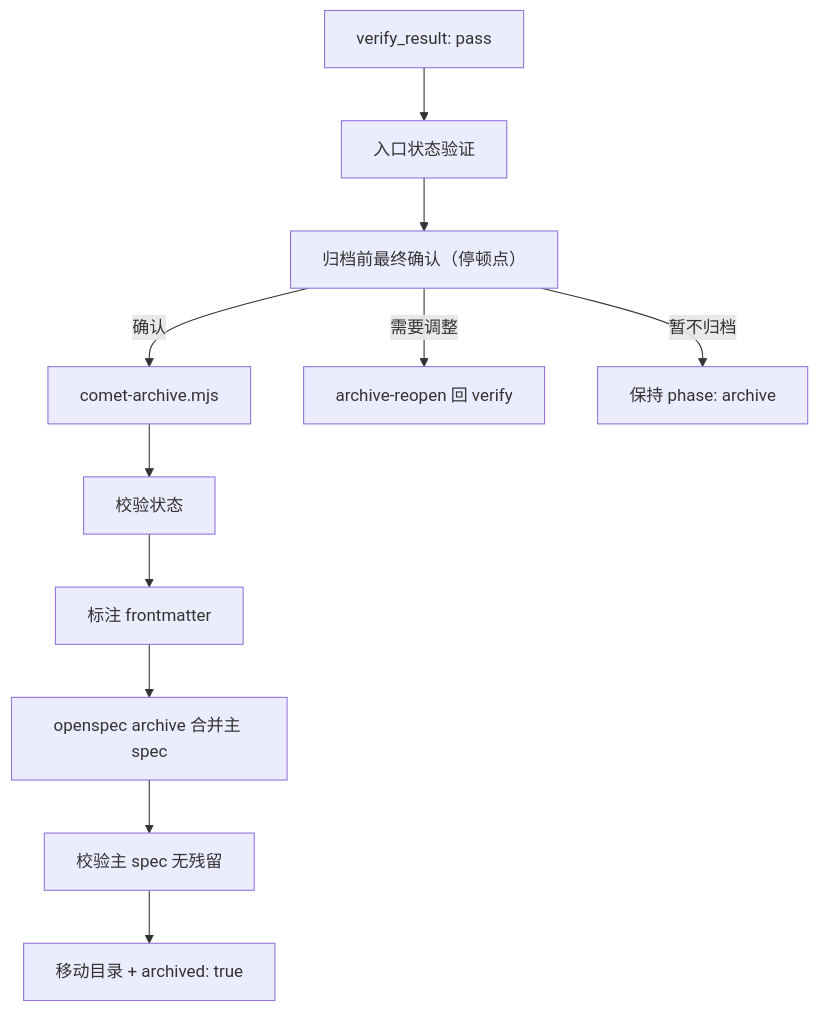
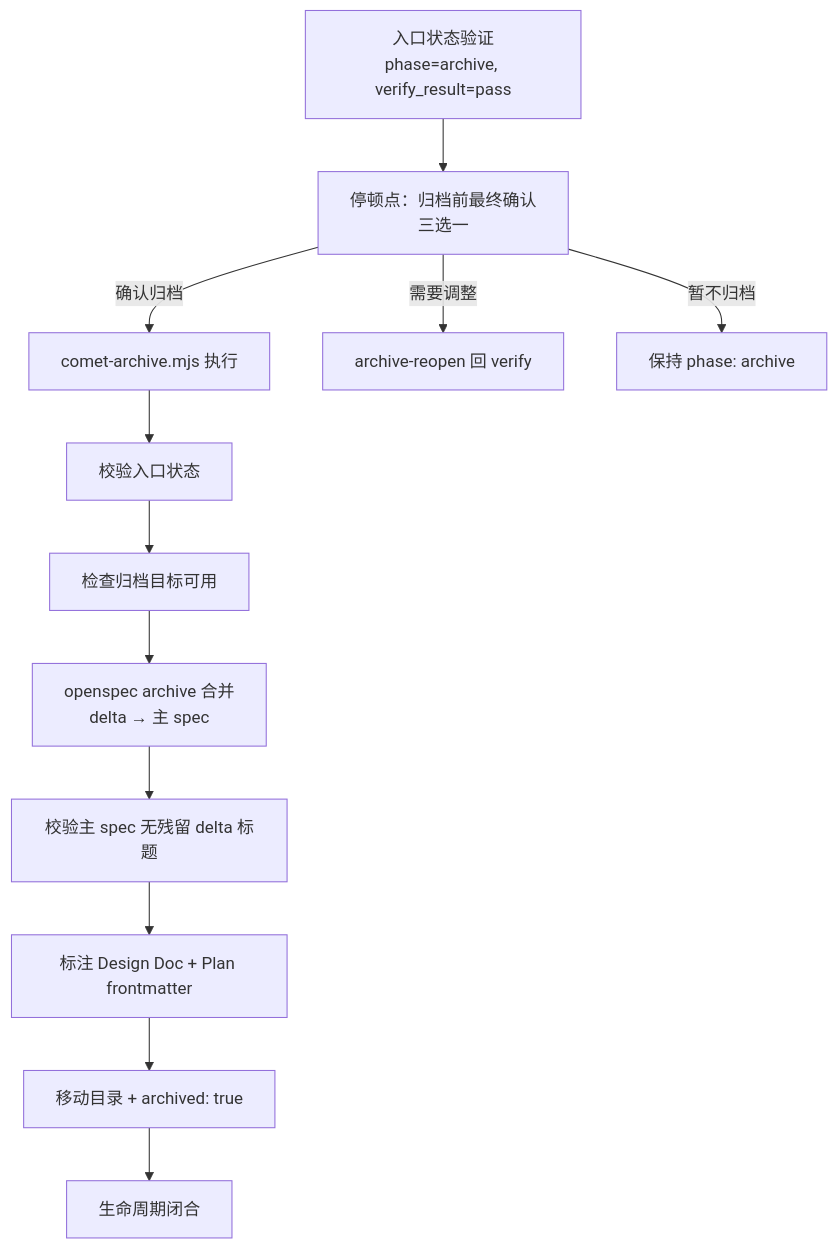
One commit to rpamis/comet-website-docs changed the diagram in zh/phases/archive.mdx. Above: the diagram before and after it, drawn with Mermaid. The commit also changed other lines of this file and 4 other files, not shown here.

````diff
--- a/zh/phases/archive.mdx
+++ b/zh/phases/archive.mdx
@@ -85,13 +35,14 @@
 ```mermaid
 flowchart TD
-  A["verify_result: pass"] --> B["入口状态验证"]
-  B --> C["归档前最终确认（停顿点）"]
-  C -->|确认| D["comet-archive.mjs"]
-  C -->|需要调整| E["archive-reopen 回 verify"]
-  C -->|暂不归档| F["保持 phase: archive"]
-  D --> G["校验状态"]
-  G --> H["标注 frontmatter"]
-  H --> I["openspec archive 合并主 spec"]
-  I --> J["校验主 spec 无残留"]
-  J --> K["移动目录 + archived: true"]
+    Entry["入口状态验证<br/>phase=archive, verify_result=pass"] --> Stop1["停顿点：归档前最终确认<br/>三选一"]
+    Stop1 -->|确认归档| Run["comet-archive.mjs 执行"]
+    Stop1 -->|需要调整| Reopen["archive-reopen 回 verify"]
+    Stop1 -->|暂不归档| Keep["保持 phase: archive"]
+    Run --> S1["校验入口状态"]
+    S1 --> S2["检查归档目标可用"]
+    S2 --> S3["openspec archive 合并<br/>delta → 主 spec"]
+    S3 --> S4["校验主 spec 无残留 delta 标题"]
+    S4 --> S5["标注 Design Doc + Plan frontmatter"]
+    S5 --> S6["移动目录 + archived: true"]
+    S6 --> Done["生命周期闭合"]
 ```
````
